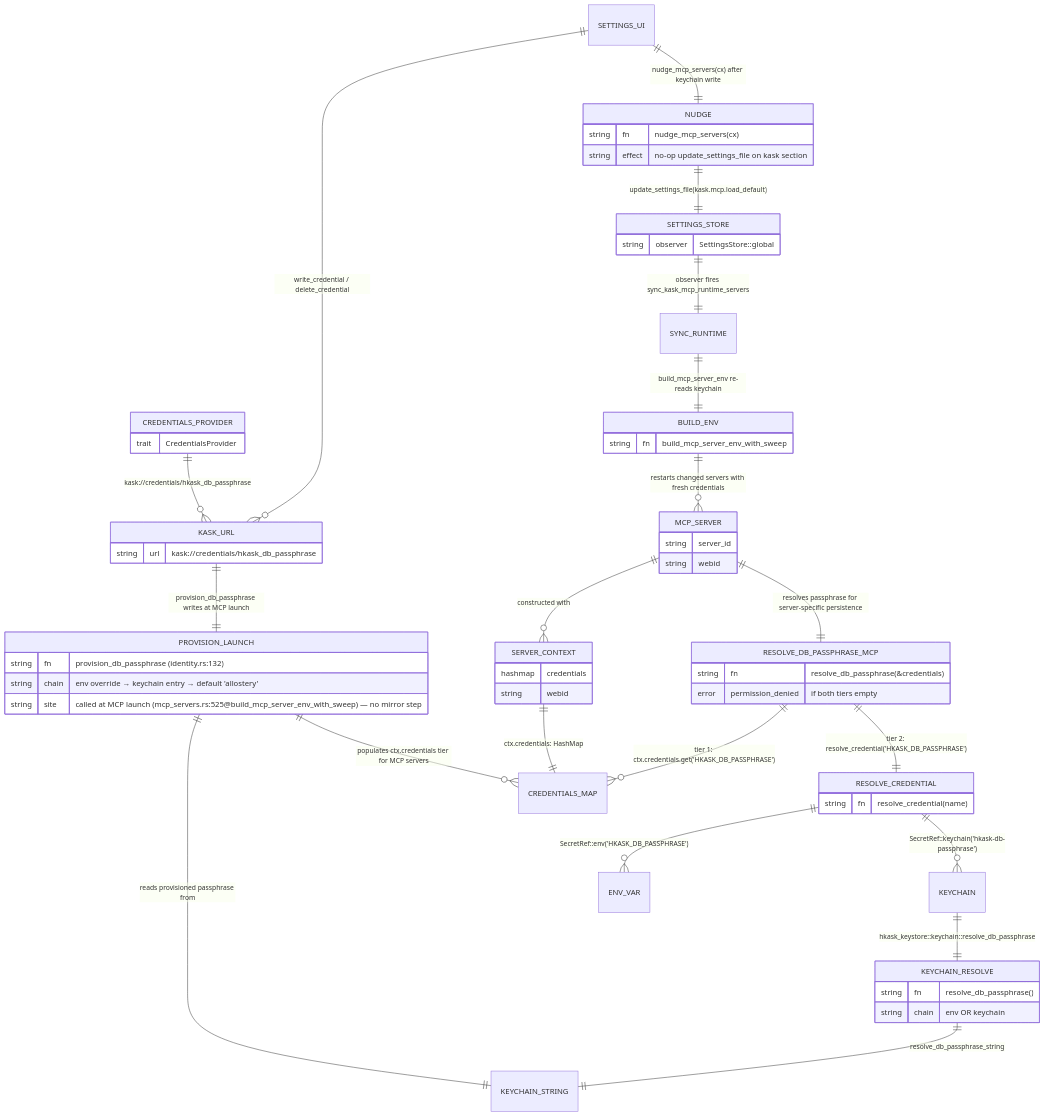
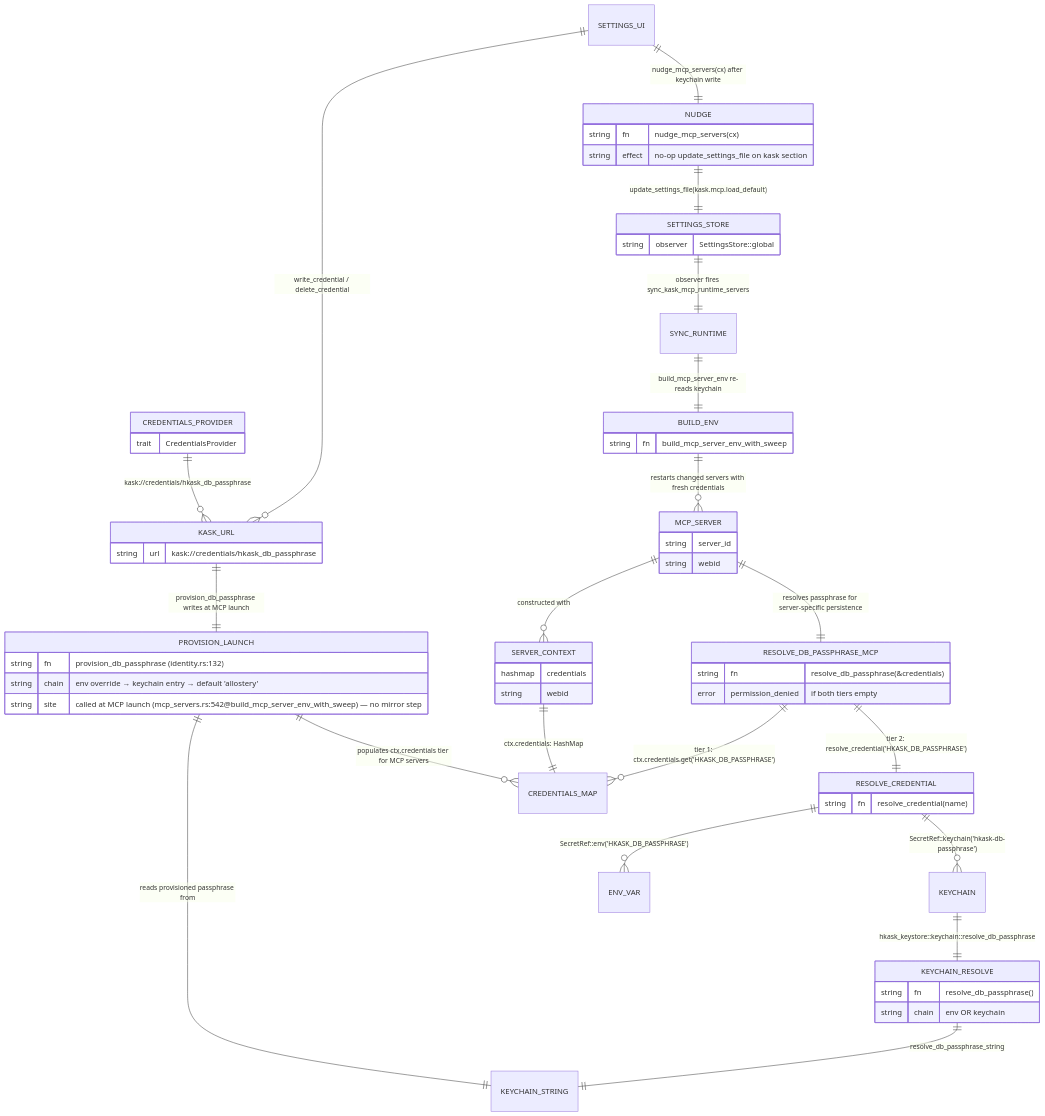
One commit to mdz-axo/zed-kask changed the fourth of 7 diagrams in kask/docs/diagrams/architecture.md. Above: the diagram before and after it, drawn with Mermaid. The commit also changed other lines of this file and 17 other files, not shown here.

First line of the commit message:
hkask-mcp-nostr-client: a tenth built-in MCP server that reports the configured Nostr identity (t4)

````diff
--- a/kask/docs/diagrams/architecture.md
+++ b/kask/docs/diagrams/architecture.md
@@ -252,65 +252,65 @@
 ```mermaid
 erDiagram
     MCP_SERVER ||--o{ SERVER_CONTEXT : "constructed with"
     SERVER_CONTEXT ||--|| CREDENTIALS_MAP : "ctx.credentials: HashMap<String,String>"
     MCP_SERVER ||--|| RESOLVE_DB_PASSPHRASE_MCP : "resolves passphrase for server-specific persistence"
     RESOLVE_DB_PASSPHRASE_MCP ||--o{ CREDENTIALS_MAP : "tier 1: ctx.credentials.get('HKASK_DB_PASSPHRASE')"
     RESOLVE_DB_PASSPHRASE_MCP ||--|| RESOLVE_CREDENTIAL : "tier 2: resolve_credential('HKASK_DB_PASSPHRASE')"
     RESOLVE_CREDENTIAL ||--o{ ENV_VAR : "SecretRef::env('HKASK_DB_PASSPHRASE')"
     RESOLVE_CREDENTIAL ||--o{ KEYCHAIN : "SecretRef::keychain('hkask-db-passphrase')"
     KEYCHAIN ||--|| KEYCHAIN_RESOLVE : "hkask_keystore::keychain::resolve_db_passphrase"
     KEYCHAIN_RESOLVE ||--|| KEYCHAIN_STRING : "resolve_db_passphrase_string"
 
     CREDENTIALS_PROVIDER ||--o{ KASK_URL : "kask://credentials/hkask_db_passphrase"
     KASK_URL ||--|| PROVISION_LAUNCH : "provision_db_passphrase writes at MCP launch"
     PROVISION_LAUNCH ||--|| KEYCHAIN_STRING : "reads provisioned passphrase from"
     PROVISION_LAUNCH ||--o{ CREDENTIALS_MAP : "populates ctx.credentials tier for MCP servers"
 
     SETTINGS_UI ||--o{ KASK_URL : "write_credential / delete_credential"
     SETTINGS_UI ||--|| NUDGE : "nudge_mcp_servers(cx) after keychain write"
     NUDGE ||--|| SETTINGS_STORE : "update_settings_file(kask.mcp.load_default)"
     SETTINGS_STORE ||--|| SYNC_RUNTIME : "observer fires sync_kask_mcp_runtime_servers"
     SYNC_RUNTIME ||--|| BUILD_ENV : "build_mcp_server_env re-reads keychain"
     BUILD_ENV ||--o{ MCP_SERVER : "restarts changed servers with fresh credentials"
 
     MCP_SERVER {
         string server_id
         string webid
     }
     SERVER_CONTEXT {
         hashmap credentials
         string webid
     }
     RESOLVE_DB_PASSPHRASE_MCP {
         string fn "resolve_db_passphrase(&credentials)"
         error permission_denied "if both tiers empty"
     }
     RESOLVE_CREDENTIAL {
         string fn "resolve_credential(name)"
     }
     KEYCHAIN_RESOLVE {
         string fn "resolve_db_passphrase()"
         string chain "env OR keychain"
     }
     CREDENTIALS_PROVIDER {
         trait CredentialsProvider
     }
     KASK_URL {
         string url "kask://credentials/hkask_db_passphrase"
     }
     PROVISION_LAUNCH {
         string fn "provision_db_passphrase (identity.rs:132)"
         string chain "env override → keychain entry → default 'allostery'"
-        string site "called at MCP launch (mcp_servers.rs:525@build_mcp_server_env_with_sweep) — no mirror step"
+        string site "called at MCP launch (mcp_servers.rs:542@build_mcp_server_env_with_sweep) — no mirror step"
     }
     NUDGE {
         string fn "nudge_mcp_servers(cx)"
         string effect "no-op update_settings_file on kask section"
     }
     SETTINGS_STORE {
         string observer "SettingsStore::global"
     }
     BUILD_ENV {
         string fn "build_mcp_server_env_with_sweep"
     }
 ```
````
